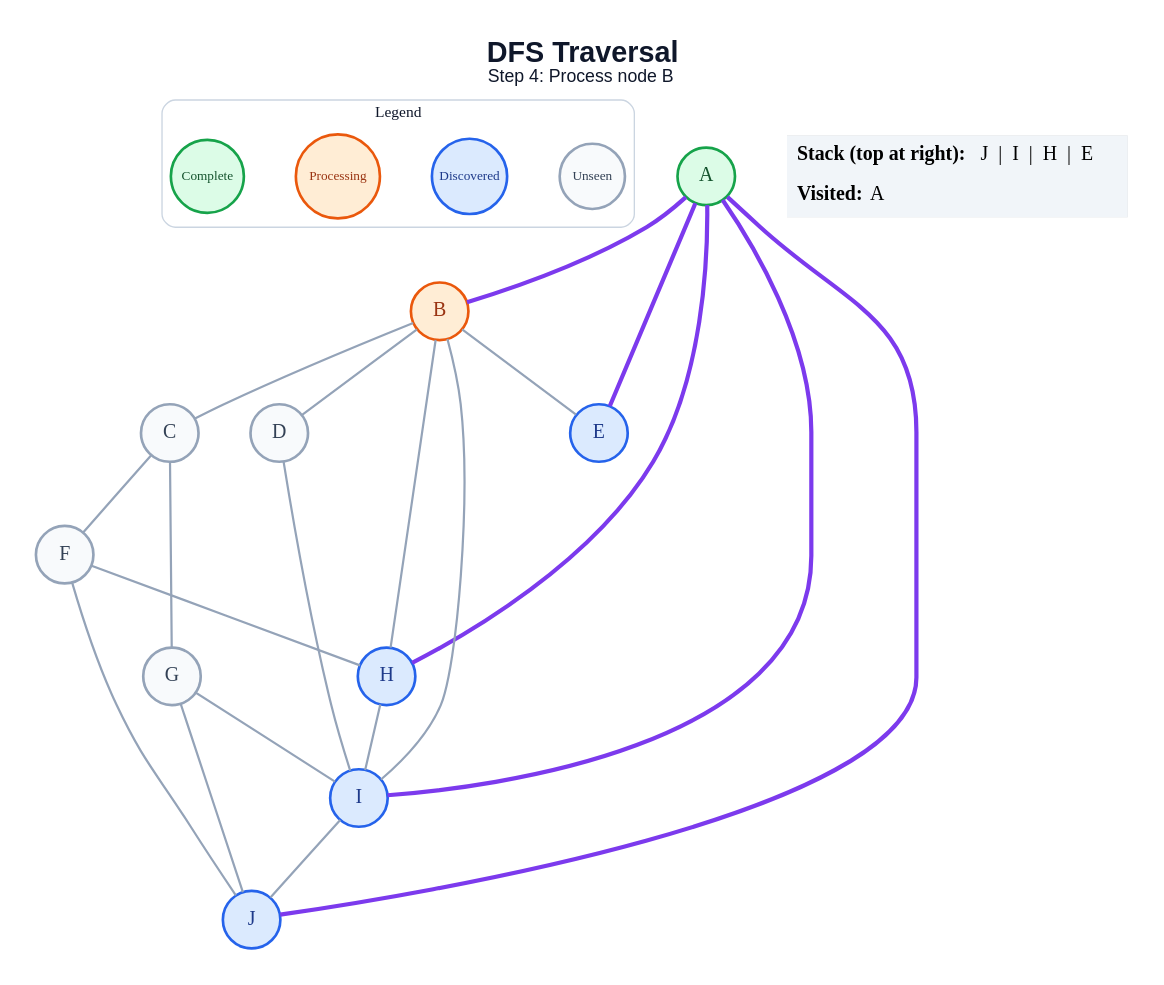
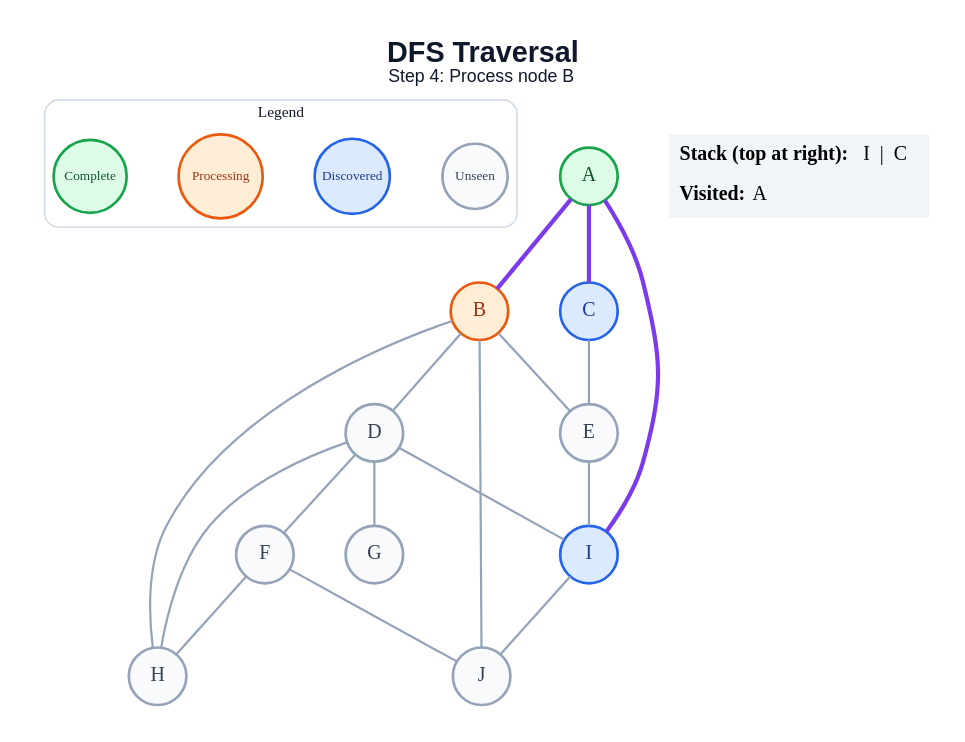
The diagram in generated/dfs/step_04.dot (amanghodawala9/ai-slop), drawn with Graphviz before and after one commit. The commit also changed 178 other files, not shown here.

```diff
--- a/generated/dfs/step_04.dot
+++ b/generated/dfs/step_04.dot
@@ -1,48 +1,45 @@
 graph traversal {
   graph [layout=dot, rankdir=TB, bgcolor="#FFFFFF", pad="0.35", nodesep="0.65", ranksep="0.8", fontname="Arial"];
   node [shape=circle, style="filled", fontname="Arial Bold", fontsize=18, width=0.72, fixedsize=true, penwidth=2.4];
   edge [color="#94A3B8", penwidth=2.0];
   label=<<B>DFS Traversal</B><BR/><FONT POINT-SIZE="16">Step 4: Process node B</FONT>>; labelloc="t"; fontsize=26; fontname="Arial"; fontcolor="#0F172A";
   subgraph cluster_legend { label="Legend"; color="#CBD5E1"; penwidth=1.2; style="rounded"; fontsize=14; fontname="Arial Bold";
     key_unseen [label="Unseen", fillcolor="#F8FAFC", color="#94A3B8", fontcolor="#334155", fontsize=12, width=0.82];
     key_frontier [label="Discovered", fillcolor="#DBEAFE", color="#2563EB", fontcolor="#1E3A8A", fontsize=12, width=0.95];
     key_current [label="Processing", fillcolor="#FFEDD5", color="#EA580C", fontcolor="#9A3412", fontsize=12, width=1.05];
     key_done [label="Complete", fillcolor="#DCFCE7", color="#16A34A", fontcolor="#14532D", fontsize=12, width=0.92];
     { rank=same; key_unseen; key_frontier; key_current; key_done; }
   }
   A [fillcolor="#DCFCE7", color="#16A34A", fontcolor="#14532D"];
   B [fillcolor="#FFEDD5", color="#EA580C", fontcolor="#9A3412"];
-  C [fillcolor="#F8FAFC", color="#94A3B8", fontcolor="#334155"];
+  C [fillcolor="#DBEAFE", color="#2563EB", fontcolor="#1E3A8A"];
   D [fillcolor="#F8FAFC", color="#94A3B8", fontcolor="#334155"];
-  E [fillcolor="#DBEAFE", color="#2563EB", fontcolor="#1E3A8A"];
+  E [fillcolor="#F8FAFC", color="#94A3B8", fontcolor="#334155"];
   F [fillcolor="#F8FAFC", color="#94A3B8", fontcolor="#334155"];
   G [fillcolor="#F8FAFC", color="#94A3B8", fontcolor="#334155"];
-  H [fillcolor="#DBEAFE", color="#2563EB", fontcolor="#1E3A8A"];
+  H [fillcolor="#F8FAFC", color="#94A3B8", fontcolor="#334155"];
   I [fillcolor="#DBEAFE", color="#2563EB", fontcolor="#1E3A8A"];
-  J [fillcolor="#DBEAFE", color="#2563EB", fontcolor="#1E3A8A"];
+  J [fillcolor="#F8FAFC", color="#94A3B8", fontcolor="#334155"];
   A -- B [color="#7C3AED", penwidth=3.8];
-  A -- E [color="#7C3AED", penwidth=3.8];
-  A -- H [color="#7C3AED", penwidth=3.8];
+  A -- C [color="#7C3AED", penwidth=3.8];
   A -- I [color="#7C3AED", penwidth=3.8];
-  A -- J [color="#7C3AED", penwidth=3.8];
-  B -- C;
   B -- D;
   B -- E;
   B -- H;
-  B -- I;
-  C -- F;
-  C -- G;
+  B -- J;
+  C -- E;
+  D -- F;
+  D -- G;
+  D -- H;
   D -- I;
+  E -- I;
   F -- H;
   F -- J;
-  G -- I;
-  G -- J;
-  H -- I;
   I -- J;
   status [shape=plain, fixedsize=false, width=0, height=0, margin=0, label=<
     <TABLE BORDER="0" CELLBORDER="0" CELLPADDING="7" BGCOLOR="#F1F5F9">
-      <TR><TD ALIGN="LEFT"><B>Stack (top at right):</B> J  |  I  |  H  |  E</TD></TR>
+      <TR><TD ALIGN="LEFT"><B>Stack (top at right):</B> I  |  C</TD></TR>
       <TR><TD ALIGN="LEFT"><B>Visited:</B> A</TD></TR>
     </TABLE>
   >];
 }
```
